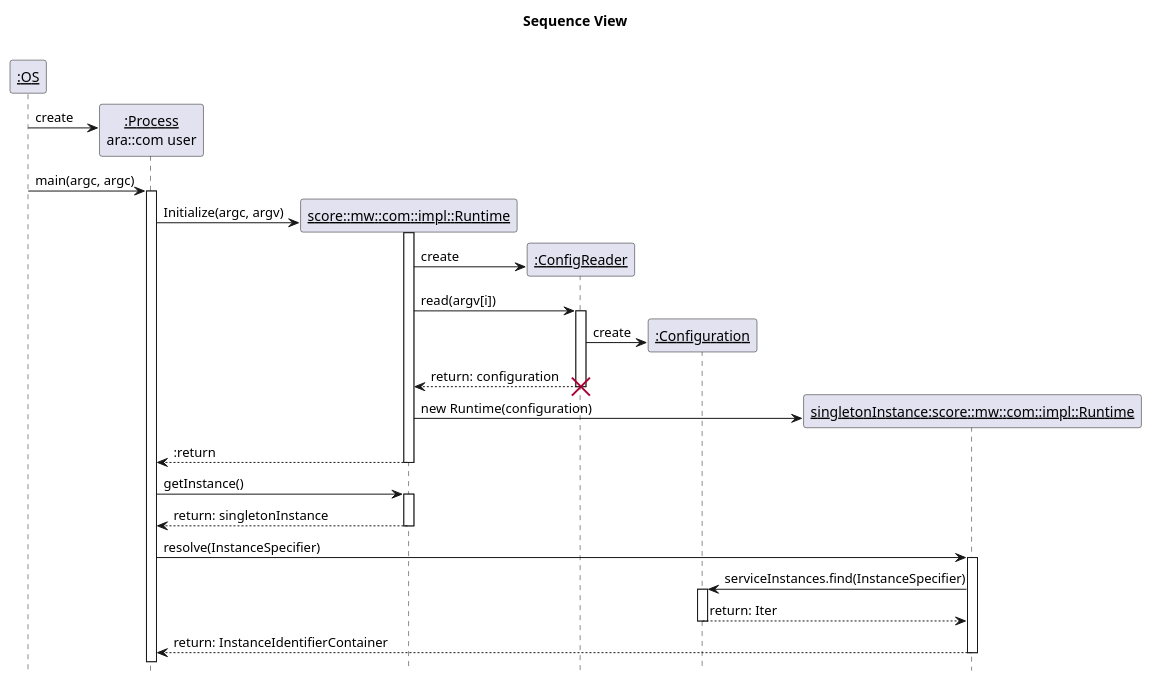
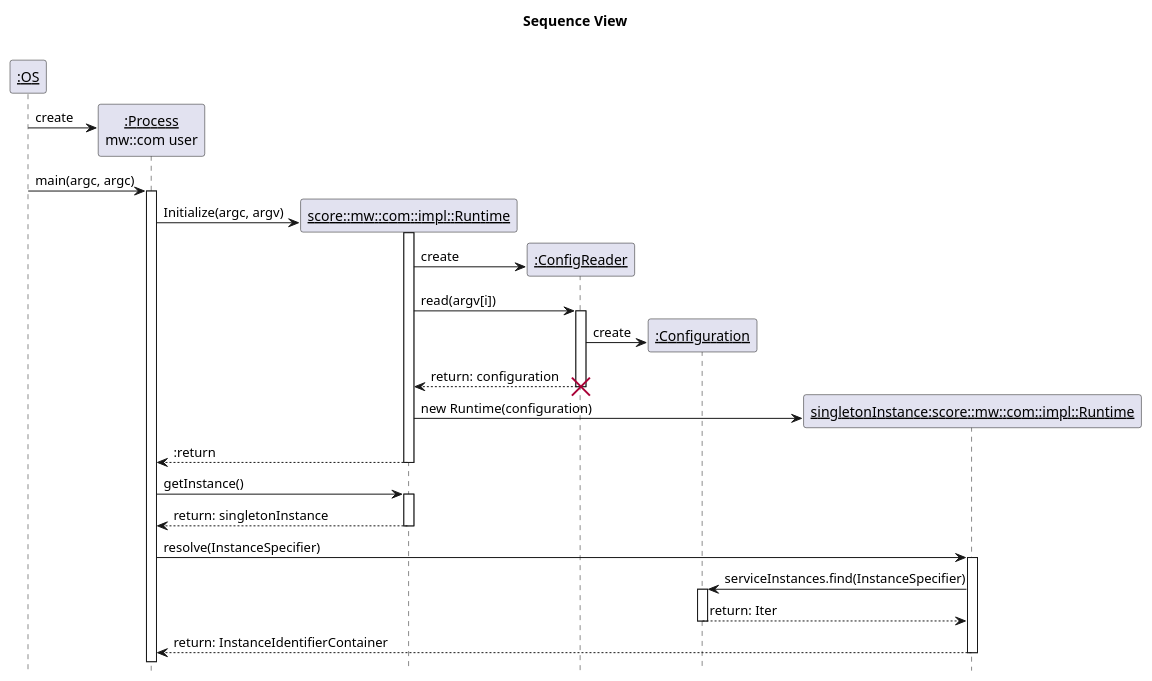
One commit to eclipse-score/communication changed the diagram in score/mw/com/impl/configuration/dependability/sequence_view.puml. Above: the diagram before and after it, drawn with PlantUML. The commit also changed 26 other files, not shown here.

```diff
--- a/score/mw/com/impl/configuration/dependability/sequence_view.puml
+++ b/score/mw/com/impl/configuration/dependability/sequence_view.puml
@@ -1,55 +1,55 @@
 @startuml sequence_view
 title "Sequence View"
 hide footbox
 
 participant "<u>:OS</u>" as OS
-participant "<u>:Process</u>\nara::com user" as Process
+participant "<u>:Process</u>\nmw::com user" as Process
 participant "<u>score::mw::com::impl::Runtime</u>" as Runtime
 participant "<u>:ConfigReader</u>" as ConfigReader
 participant "<u>:Configuration</u>" as Configuration
 participant "<u>singletonInstance:score::mw::com::impl::Runtime</u>" as SingletonRuntime
 
 create Process
 OS -> Process : create
 OS -> Process : main(argc, argc)
 activate Process
 
 create Runtime
 Process -> Runtime : Initialize(argc, argv)
 activate Runtime
 
 create ConfigReader
 Runtime -> ConfigReader : create
 Runtime -> ConfigReader : read(argv[i])
 activate ConfigReader
 
 create Configuration
 ConfigReader -> Configuration: create
 ConfigReader --> Runtime : return: configuration
 destroy ConfigReader
 
 create SingletonRuntime
 Runtime -> SingletonRuntime : new Runtime(configuration)
 
 Runtime --> Process : :return
 deactivate Runtime
 
 Process -> Runtime : getInstance()
 activate Runtime
 
 Runtime --> Process : return: singletonInstance
 deactivate Runtime
 
 Process -> SingletonRuntime : resolve(InstanceSpecifier)
 activate SingletonRuntime
 
 SingletonRuntime -> Configuration : serviceInstances.find(InstanceSpecifier)
 activate Configuration
 
 Configuration --> SingletonRuntime : return: Iter
 deactivate Configuration
 
 SingletonRuntime --> Process : return: InstanceIdentifierContainer
 deactivate SingletonRuntime
 
 @enduml
```
